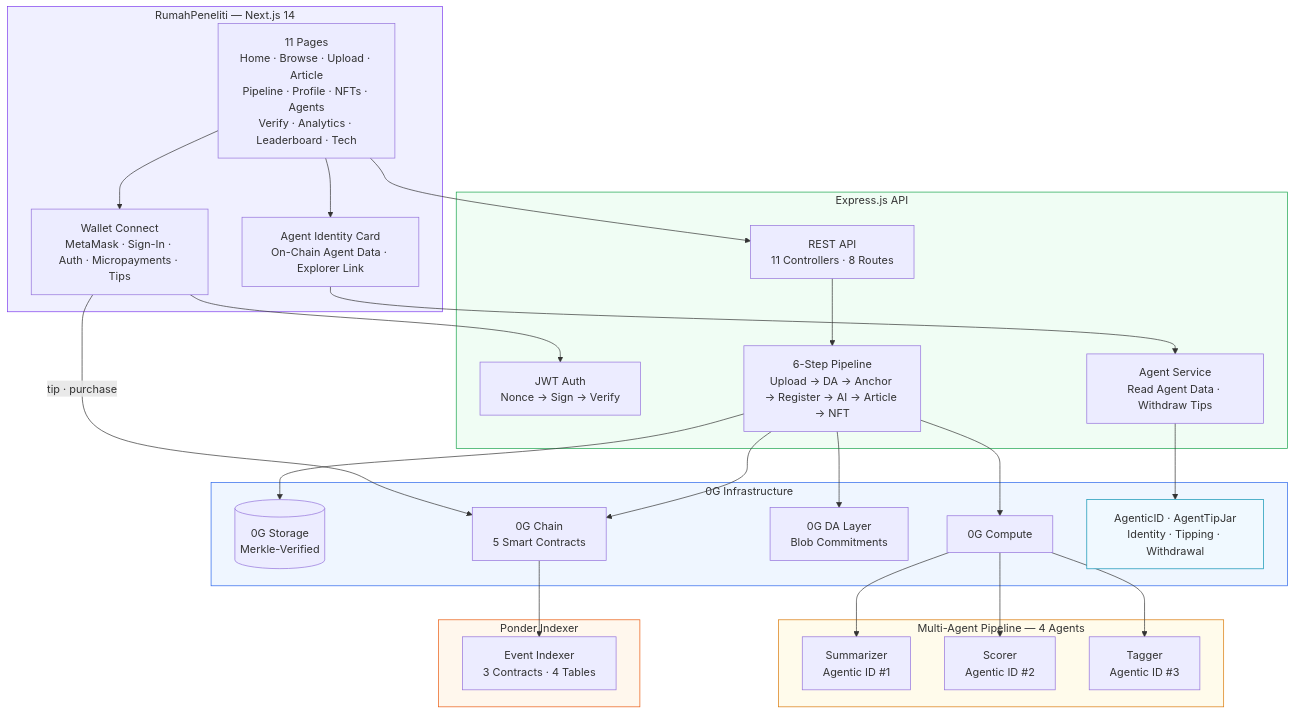
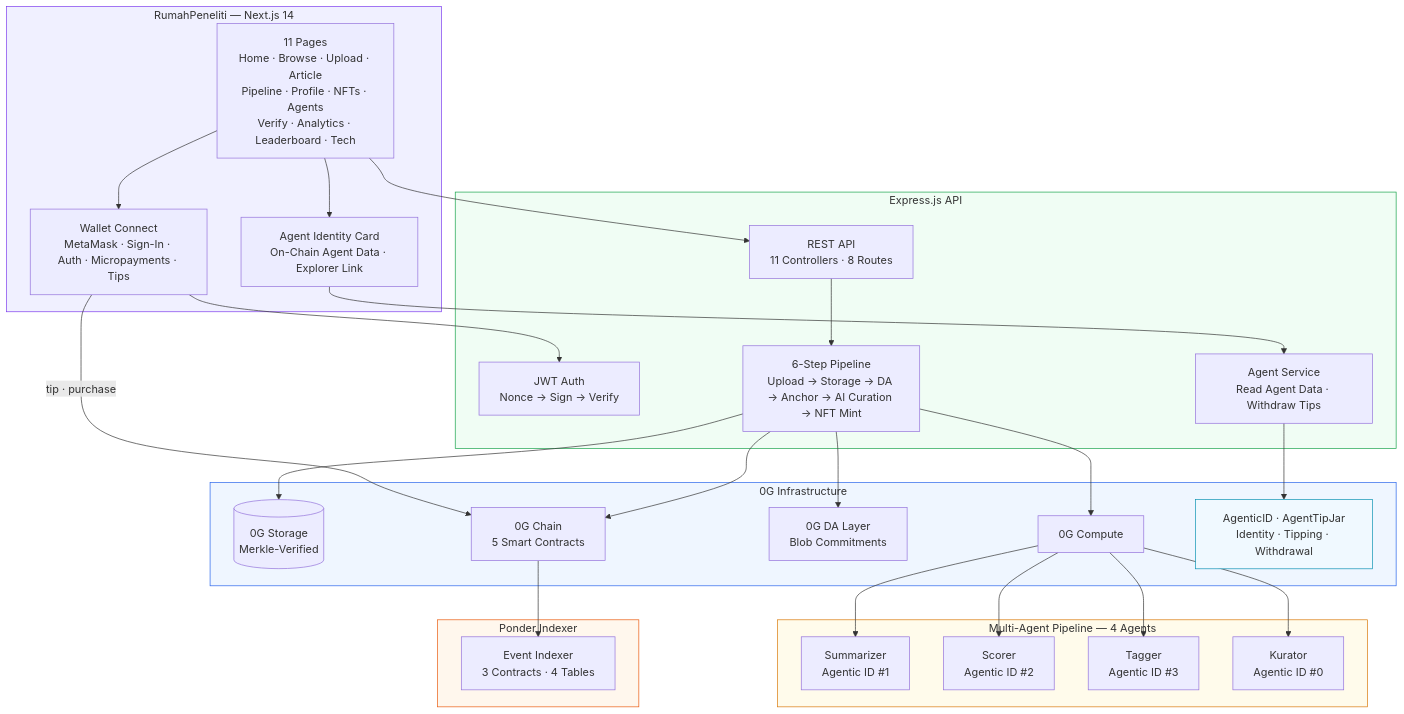
Before and after one commit to dwlpra/rumah-peneliti: the first of 5 diagrams in README.md, drawn with Mermaid. The commit also changed other lines of this file, not shown here.

Commit message:
fix: add Reviewer/Kurator to diagrams, fix pipeline order consistency

````diff
--- a/README.md
+++ b/README.md
@@ -168,57 +168,59 @@
 ```mermaid
 graph TB
     subgraph Frontend["RumahPeneliti — Next.js 14"]
         UI["11 Pages<br/>Home · Browse · Upload · Article<br/>Pipeline · Profile · NFTs · Agents<br/>Verify · Analytics · Leaderboard · Tech"]
         Wallet["Wallet Connect<br/>MetaMask · Sign-In · Auth · Micropayments · Tips"]
         AgentUI["Agent Identity Card<br/>On-Chain Agent Data · Explorer Link"]
     end
 
     subgraph Backend["Express.js API"]
         API["REST API<br/>11 Controllers · 8 Routes"]
         Auth["JWT Auth<br/>Nonce → Sign → Verify"]
-        Pipeline["6-Step Pipeline<br/>Upload → DA → Anchor → Register → AI → Article → NFT"]
+        Pipeline["6-Step Pipeline<br/>Upload → Storage → DA → Anchor → AI Curation → NFT Mint"]
         AgentSvc["Agent Service<br/>Read Agent Data · Withdraw Tips"]
     end
 
     subgraph AI["Multi-Agent Pipeline — 4 Agents"]
         Summarizer["Summarizer<br/>Agentic ID #1"]
         Scorer["Scorer<br/>Agentic ID #2"]
         Tagger["Tagger<br/>Agentic ID #3"]
+        Reviewer["Kurator<br/>Agentic ID #0"]
     end
 
     subgraph ZeroG["0G Infrastructure"]
         Storage[("0G Storage<br/>Merkle-Verified")]
         Compute["0G Compute"]
         DA["0G DA Layer<br/>Blob Commitments"]
         Chain["0G Chain<br/>5 Smart Contracts"]
         AgenticID["AgenticID · AgentTipJar<br/>Identity · Tipping · Withdrawal"]
     end
 
     subgraph Indexer["Ponder Indexer"]
         Ponder["Event Indexer<br/>3 Contracts · 4 Tables"]
     end
 
     UI --> Wallet
     UI --> API
     UI --> AgentUI
     AgentUI --> AgentSvc
     AgentSvc --> AgenticID
     Wallet --> Auth
     Wallet -->|"tip · purchase"| Chain
     API --> Pipeline
     Pipeline --> Storage
     Pipeline --> DA
     Pipeline --> Chain
     Pipeline --> Compute
     Compute --> Summarizer
     Compute --> Scorer
     Compute --> Tagger
+    Compute --> Reviewer
     Chain --> Ponder
 
     style Frontend fill:#f0f0ff,stroke:#7c3aed,color:#333
     style Backend fill:#f0fdf4,stroke:#16a34a,color:#333
     style AI fill:#fffbeb,stroke:#d97706,color:#333
     style ZeroG fill:#eff6ff,stroke:#2563eb,color:#333
     style Indexer fill:#fff7ed,stroke:#ea580c,color:#333
     style AgenticID fill:#f0f9ff,stroke:#0891b2,color:#333
 ```
````
